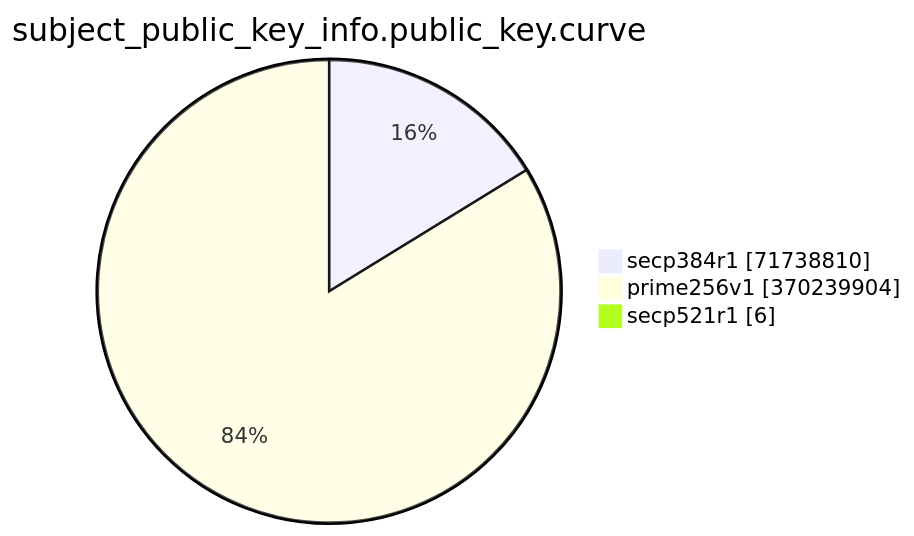
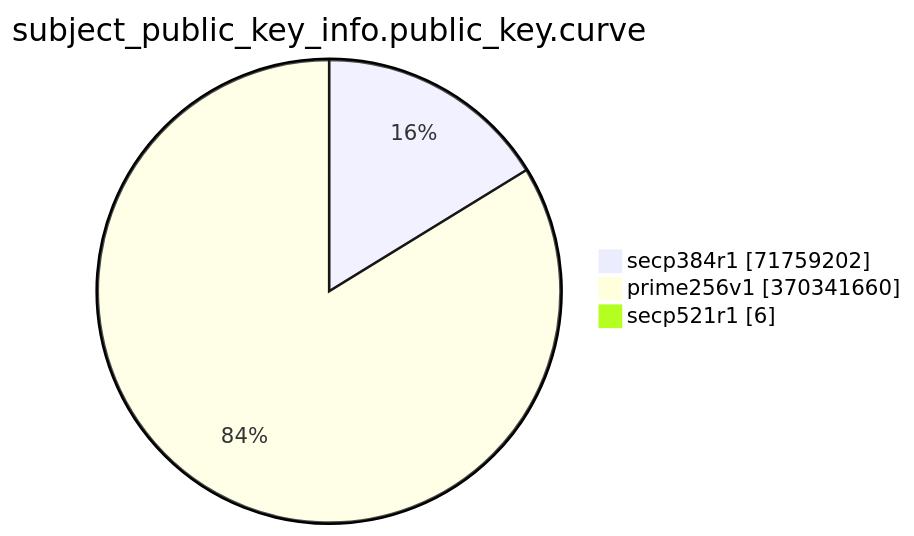
Before and after one commit to christiankrug/ctmonitor_visualization: the eighth of 15 diagrams in TOTAL/README.md, drawn with Mermaid. The commit also changed other lines of this file, not shown here.

````diff
--- a/TOTAL/README.md
+++ b/TOTAL/README.md
@@ -3092,7 +3092,7 @@
 ```mermaid
 pie showData
 title subject_public_key_info.public_key.curve
-"secp384r1" :71738810
-"prime256v1" :370239904
+"secp384r1" :71759202
+"prime256v1" :370341660
 "secp521r1" :6
 ```
````
